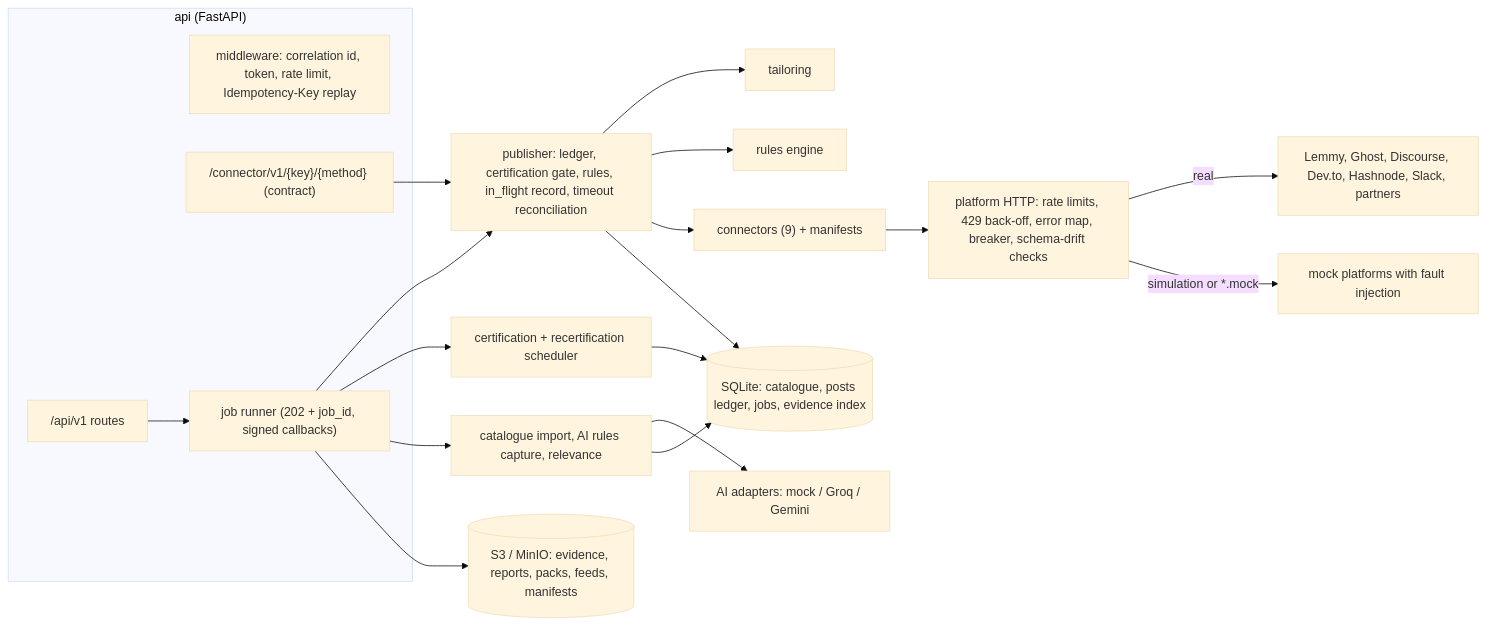
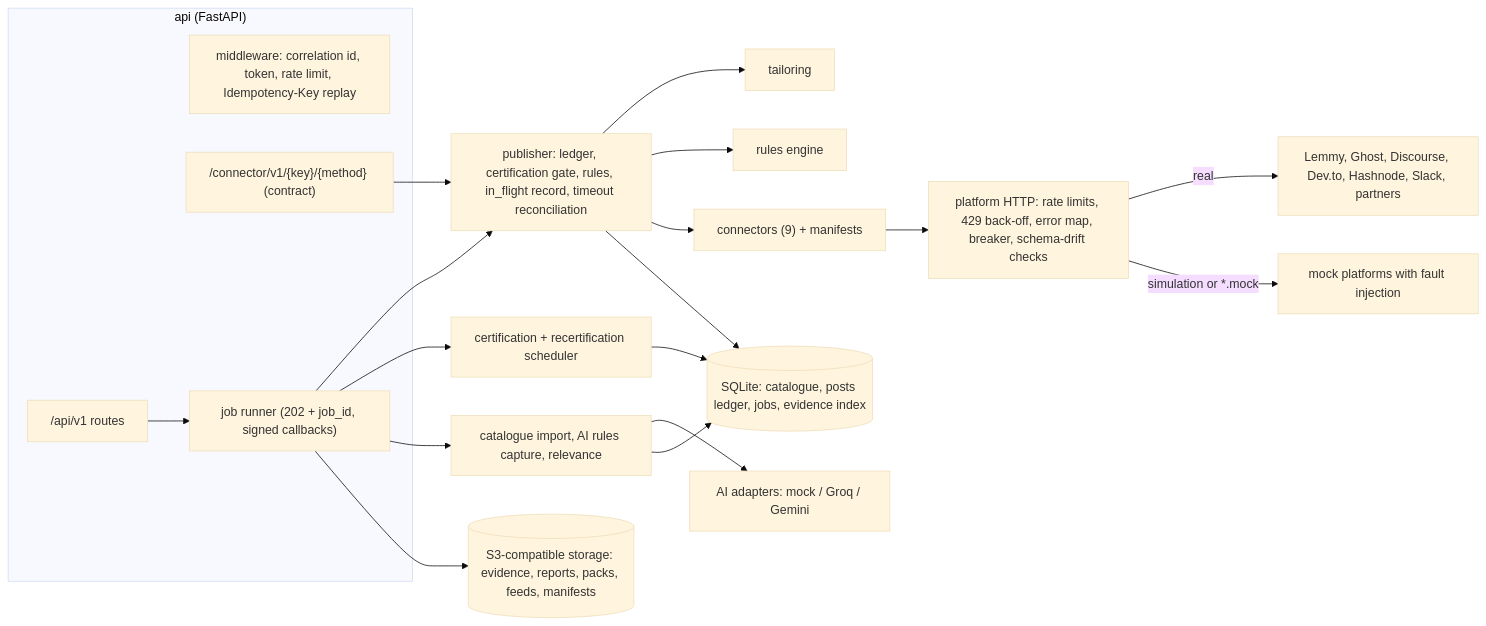
One commit to ApshanaSP/incubrix-ps4 changed the diagram in README.md. Above: the diagram before and after it, drawn with Mermaid (base theme). The commit also changed other lines of this file and 31 other files, not shown here.

````diff
--- a/README.md
+++ b/README.md
@@ -17,23 +17,23 @@
 ```mermaid
 flowchart LR
   subgraph API["api (FastAPI)"]
     MW["middleware: correlation id, token, rate limit, Idempotency-Key replay"]
     R["/api/v1 routes"]
     C["/connector/v1/{key}/{method} (contract)"]
     J["job runner (202 + job_id, signed callbacks)"]
   end
   R --> J
   J --> P["publisher: ledger, certification gate, rules, in_flight record, timeout reconciliation"]
   C --> P
   P --> T["tailoring"]
   P --> RU["rules engine"]
   P --> K["connectors (9) + manifests"]
   K --> H["platform HTTP: rate limits, 429 back-off, error map, breaker, schema-drift checks"]
   H -->|real| PL["Lemmy, Ghost, Discourse, Dev.to, Hashnode, Slack, partners"]
   H -->|"simulation or *.mock"| M["mock platforms with fault injection"]
   J --> CE["certification + recertification scheduler"]
   J --> CA["catalogue import, AI rules capture, relevance"]
   CA --> AI["AI adapters: mock / Groq / Gemini"]
   P & CE & CA --> DB[("SQLite: catalogue, posts ledger, jobs, evidence index")]
-  J --> S3[("S3 / MinIO: evidence, reports, packs, feeds, manifests")]
+  J --> S3[("S3-compatible storage: evidence, reports, packs, feeds, manifests")]
 ```
````
